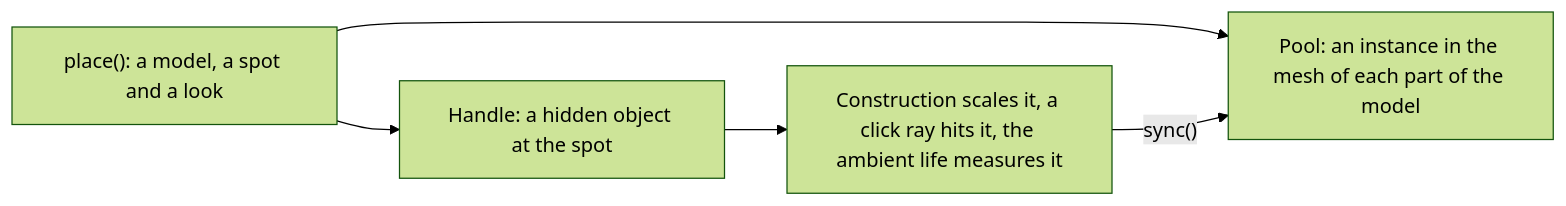
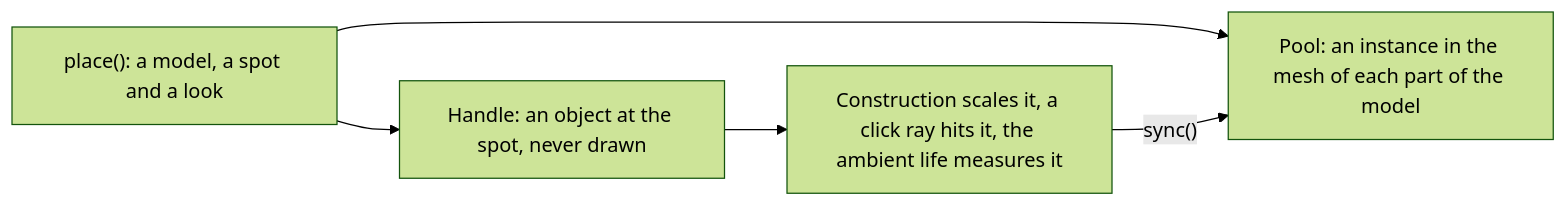
The third of 4 diagrams in docs/art.md (GetFelix/felix-metro), drawn with Mermaid (forest theme) before and after one commit. The commit also changed other lines of this file and 5 other files, not shown here.

````diff
--- a/docs/art.md
+++ b/docs/art.md
@@ -237,7 +237,7 @@
 ```mermaid
 flowchart LR
-  place["place(): a model, a spot and a look"] --> handle["Handle: a hidden object at the spot"]
+  place["place(): a model, a spot and a look"] --> handle["Handle: an object at the spot, never drawn"]
   place --> pool["Pool: an instance in the mesh of each part of the model"]
   handle --> uses["Construction scales it, a click ray hits it, the ambient life measures it"]
   uses -->|"sync()"| pool
 ```
````
